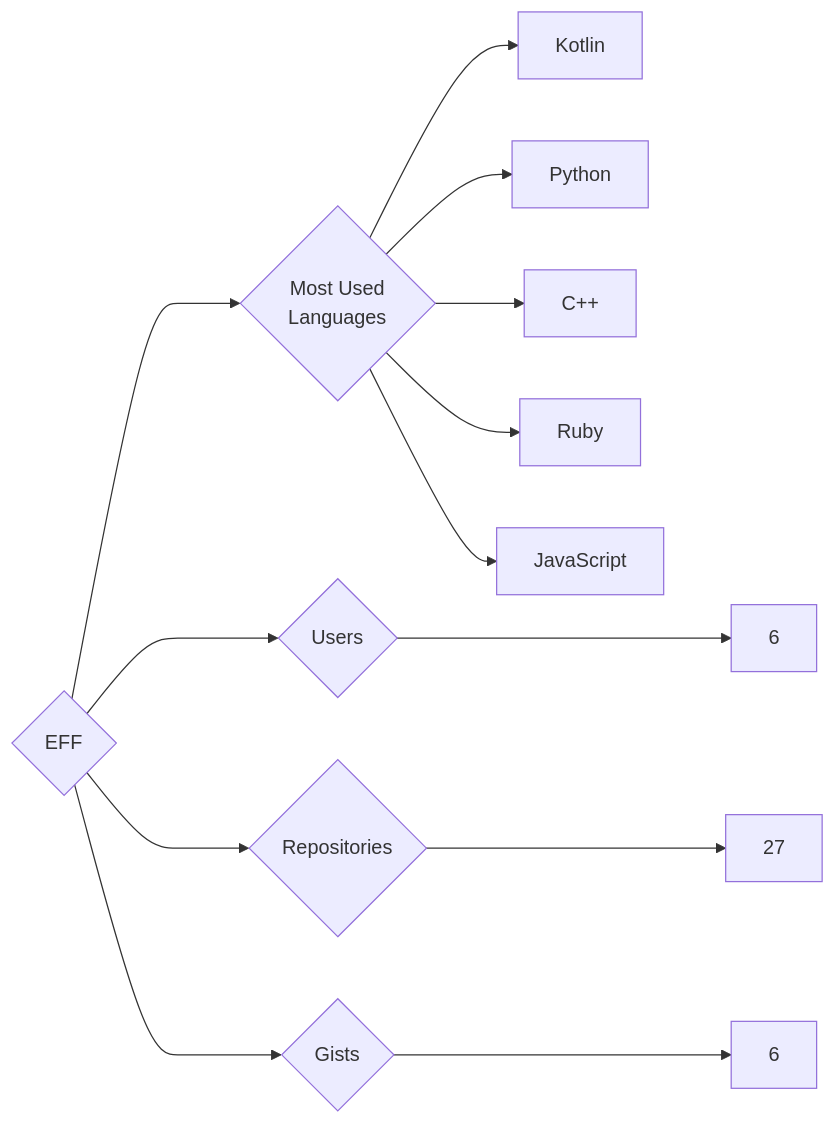
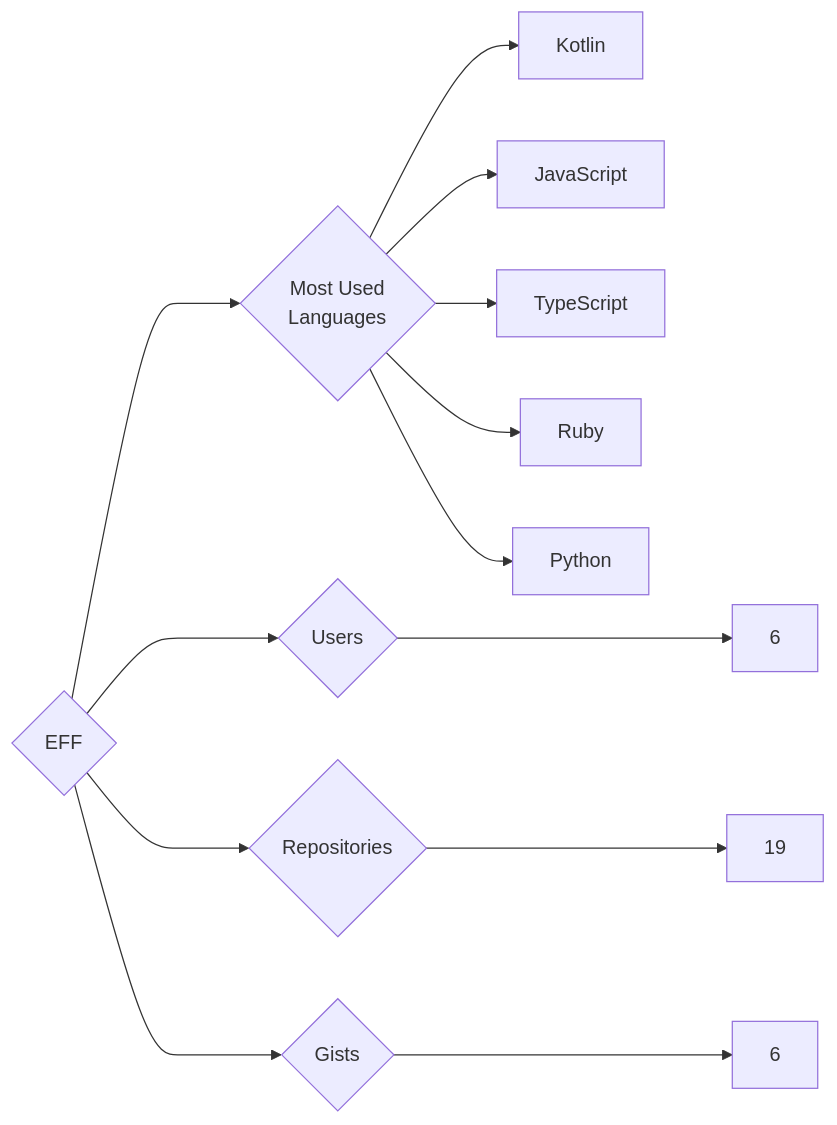
Before and after one commit to trickest/insiders: the diagram in targets/EFF/README.md, drawn with Mermaid. The commit also changed 1175 other files, not shown here.

````diff
--- a/targets/EFF/README.md
+++ b/targets/EFF/README.md
@@ -3,13 +3,13 @@
 ```mermaid
 graph LR
 COMPANY_NAME{EFF}
 COMPANY_NAME ---> U{Users} ---> UN[6]
-COMPANY_NAME ---> R{Repositories} ---> RN[27]
+COMPANY_NAME ---> R{Repositories} ---> RN[19]
 COMPANY_NAME ---> G{Gists} ---> GN[6]
 COMPANY_NAME ---> ML{Most Used<br>Languages}
 ML --> Kotlin[Kotlin]
+ML --> JavaScript[JavaScript]
+ML --> TypeScript[TypeScript]
+ML --> Ruby[Ruby]
 ML --> Python[Python]
-ML --> C++[C++]
-ML --> Ruby[Ruby]
-ML --> JavaScript[JavaScript]
 ```
````
